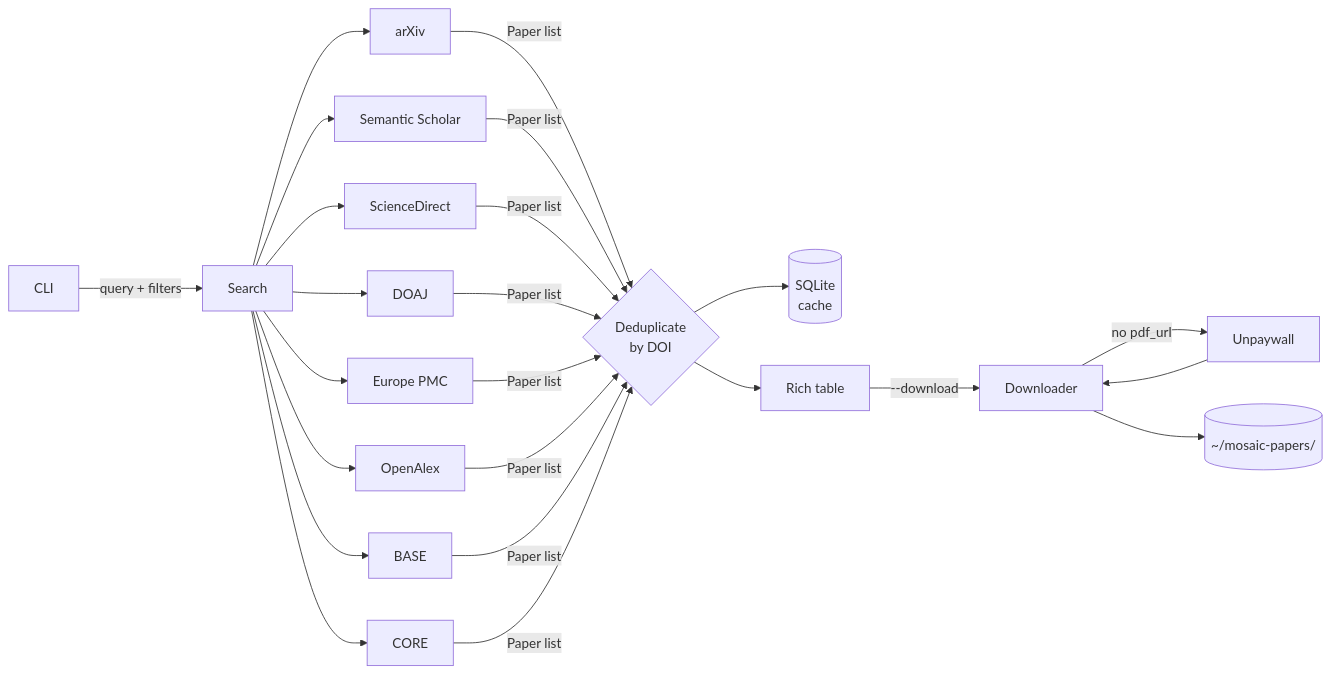
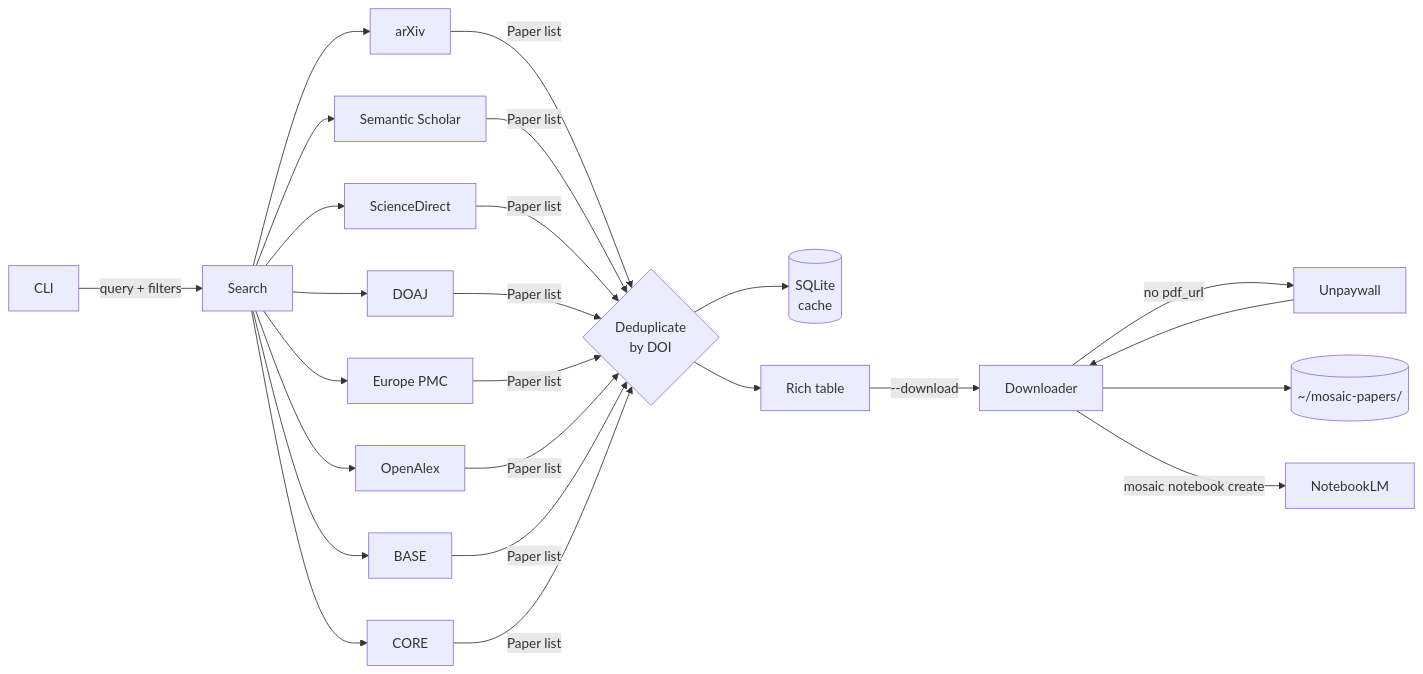
One commit to szaghi/mosaic changed the diagram in README.md. Above: the diagram before and after it, drawn with Mermaid. The commit also changed other lines of this file and 9 other files, not shown here.

````diff
--- a/README.md
+++ b/README.md
@@ -146,12 +173,13 @@
 ```mermaid
 flowchart LR
     CLI -->|query + filters| Search
     Search --> arXiv & SS[Semantic Scholar] & SD[ScienceDirect] & DOAJ & EPMC[Europe PMC] & OA[OpenAlex] & BASE & CORE
     arXiv & SS & SD & DOAJ & EPMC & OA & BASE & CORE -->|Paper list| Dedup{Deduplicate\nby DOI}
     Dedup --> Cache[(SQLite\ncache)]
     Dedup --> Table[Rich table]
     Table -->|--download| DL[Downloader]
     DL -->|no pdf_url| UPW[Unpaywall]
     UPW --> DL
     DL --> Disk[(~/mosaic-papers/)]
+    DL -->|mosaic notebook create| NLM[NotebookLM]
 ```
````
